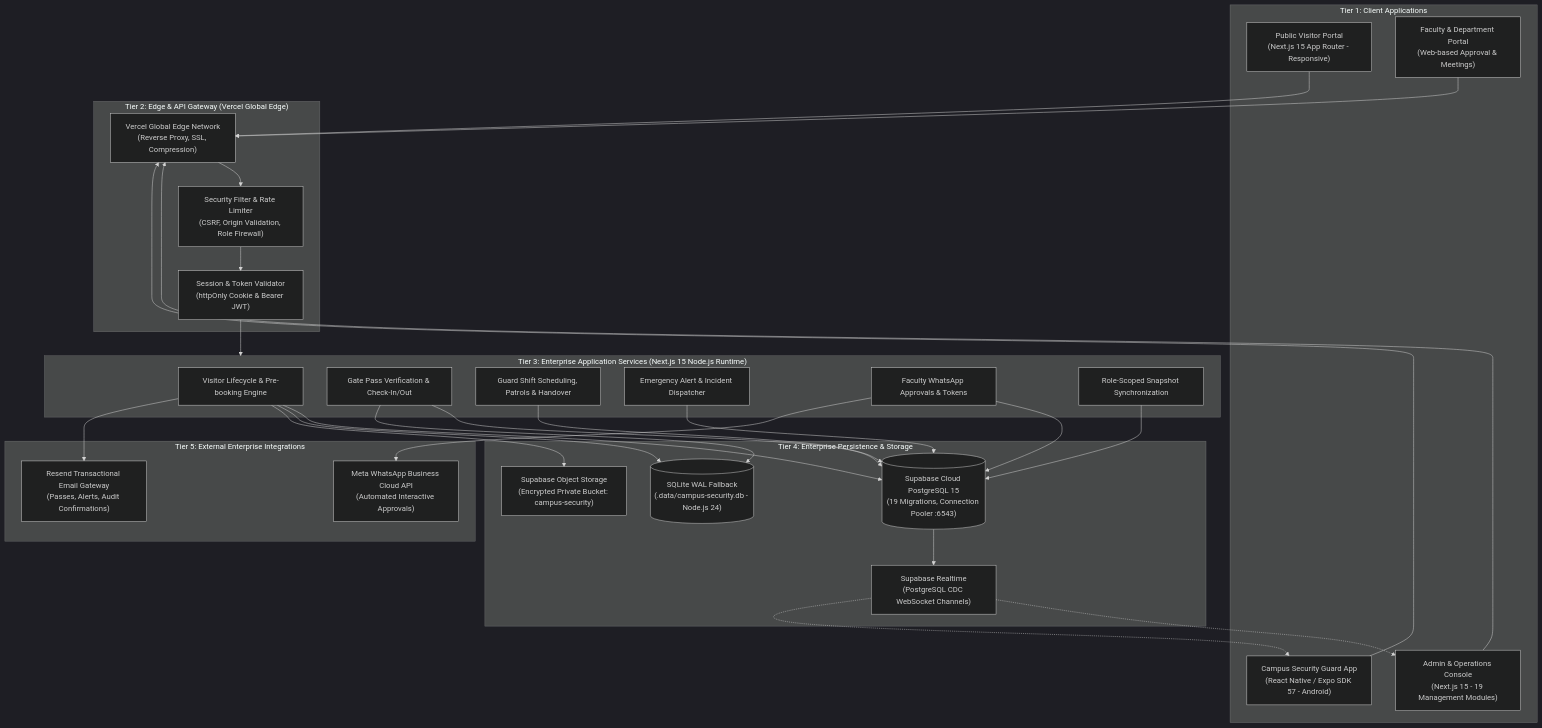
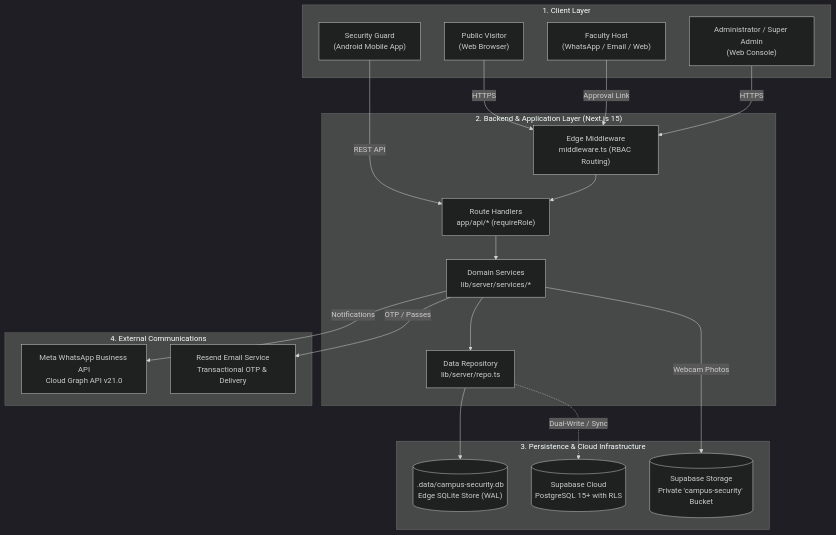
One commit to Nikhil6306/campus-security-Mng-system changed the diagram in docs/SYSTEM_ARCHITECTURE.md. Above: the diagram before and after it, drawn with Mermaid (dark theme). The commit also changed other lines of this file and 25 other files, not shown here.

Commit message:
docs: complete campus security system documentation update

````diff
--- a/docs/SYSTEM_ARCHITECTURE.md
+++ b/docs/SYSTEM_ARCHITECTURE.md
@@ -14,63 +15,41 @@
 ```mermaid
-graph TB
-    subgraph ClientTier ["Tier 1: Client Applications"]
-        WebPublic["Public Visitor Portal\n(Next.js 15 App Router - Responsive)"]
-        WebAdmin["Admin & Operations Console\n(Next.js 15 - 19 Management Modules)"]
-        StaffWeb["Faculty & Department Portal\n(Web-based Approval & Meetings)"]
-        MobileGuard["Campus Security Guard App\n(React Native / Expo SDK 57 - Android)"]
+graph TD
+    subgraph Clients["1. Client Layer"]
+        PublicUser["Public Visitor<br/>(Web Browser)"]
+        FacultyUser["Faculty Host<br/>(WhatsApp / Email / Web)"]
+        GuardMobile["Security Guard<br/>(Android Mobile App)"]
+        AdminUser["Administrator / Super Admin<br/>(Web Console)"]
     end
 
-    subgraph GatewayTier ["Tier 2: Edge & API Gateway (Vercel Global Edge)"]
-        EdgeRouter["Vercel Global Edge Network\n(Reverse Proxy, SSL, Compression)"]
-        SecFilter["Security Filter & Rate Limiter\n(CSRF, Origin Validation, Role Firewall)"]
-        AuthMiddleware["Session & Token Validator\n(httpOnly Cookie & Bearer JWT)"]
+    subgraph Server["2. Backend & Application Layer (Next.js 15)"]
+        EdgeMiddleware["Edge Middleware<br/>middleware.ts (RBAC Routing)"]
+        API["Route Handlers<br/>app/api/* (requireRole)"]
+        Services["Domain Services<br/>lib/server/services/*"]
+        Repo["Data Repository<br/>lib/server/repo.ts"]
     end
 
-    subgraph ServiceTier ["Tier 3: Enterprise Application Services (Next.js 15 Node.js Runtime)"]
-        VisitorService["Visitor Lifecycle & Pre-booking Engine"]
-        GateService["Gate Pass Verification & Check-In/Out"]
-        DutyService["Guard Shift Scheduling, Patrols & Handover"]
-        SOSService["Emergency Alert & Incident Dispatcher"]
-        FacultyService["Faculty WhatsApp Approvals & Tokens"]
-        SnapshotService["Role-Scoped Snapshot Synchronization"]
+    subgraph Data["3. Persistence & Cloud Infrastructure"]
+        SQLite[(".data/campus-security.db<br/>Edge SQLite Store (WAL)")]
+        SupabaseDB[("Supabase Cloud<br/>PostgreSQL 15+ with RLS")]
+        SupabaseStorage[("Supabase Storage<br/>Private 'campus-security' Bucket")]
     end
 
-    subgraph DataTier ["Tier 4: Enterprise Persistence & Storage"]
-        SupabasePG[("Supabase Cloud PostgreSQL 15\n(19 Migrations, Connection Pooler :6543)")]
-        SupabaseRealtime["Supabase Realtime\n(PostgreSQL CDC WebSocket Channels)"]
-        SupabaseStorage["Supabase Object Storage\n(Encrypted Private Bucket: campus-security)"]
-        LocalSQLite[("SQLite WAL Fallback\n(.data/campus-security.db - Node.js 24)")]
+    subgraph External["4. External Communications"]
+        MetaWhatsApp["Meta WhatsApp Business API<br/>Cloud Graph API v21.0"]
+        ResendEmail["Resend Email Service<br/>Transactional OTP & Delivery"]
     end
 
-    subgraph ExternalTier ["Tier 5: External Enterprise Integrations"]
-        MetaWhatsApp["Meta WhatsApp Business Cloud API\n(Automated Interactive Approvals)"]
-        ResendEmail["Resend Transactional Email Gateway\n(Passes, Alerts, Audit Confirmations)"]
-    end
+    PublicUser -->|HTTPS| EdgeMiddleware
+    FacultyUser -->|Approval Link| EdgeMiddleware
+    AdminUser -->|HTTPS| EdgeMiddleware
+    GuardMobile -->|REST API| API
 
-    WebPublic --> EdgeRouter
-    WebAdmin --> EdgeRouter
-    StaffWeb --> EdgeRouter
-    MobileGuard --> EdgeRouter
-
-    EdgeRouter --> SecFilter
-    SecFilter --> AuthMiddleware
-    AuthMiddleware --> ServiceTier
-
-    VisitorService --> SupabasePG
-    GateService --> SupabasePG
-    DutyService --> SupabasePG
-    SOSService --> SupabasePG
-    FacultyService --> SupabasePG
-    SnapshotService --> SupabasePG
-
-    GateService --> LocalSQLite
-    VisitorService --> LocalSQLite
-
-    VisitorService --> SupabaseStorage
-    FacultyService --> MetaWhatsApp
-    VisitorService --> ResendEmail
-    SupabasePG --> SupabaseRealtime
-
-    SupabaseRealtime -.-> WebAdmin
-    SupabaseRealtime -.-> MobileGuard
+    EdgeMiddleware --> API
+    API --> Services
+    Services --> Repo
+    Repo --> SQLite
+    Repo -.->|Dual-Write / Sync| SupabaseDB
+    Services -->|Webcam Photos| SupabaseStorage
+    Services -->|Notifications| MetaWhatsApp
+    Services -->|OTP / Passes| ResendEmail
 ```
````
